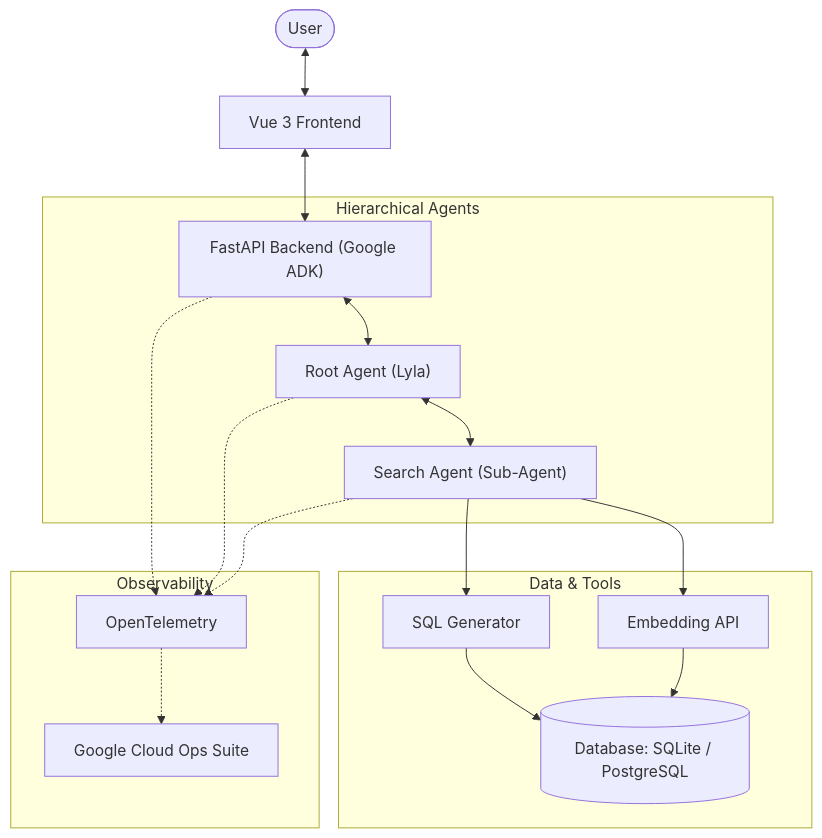
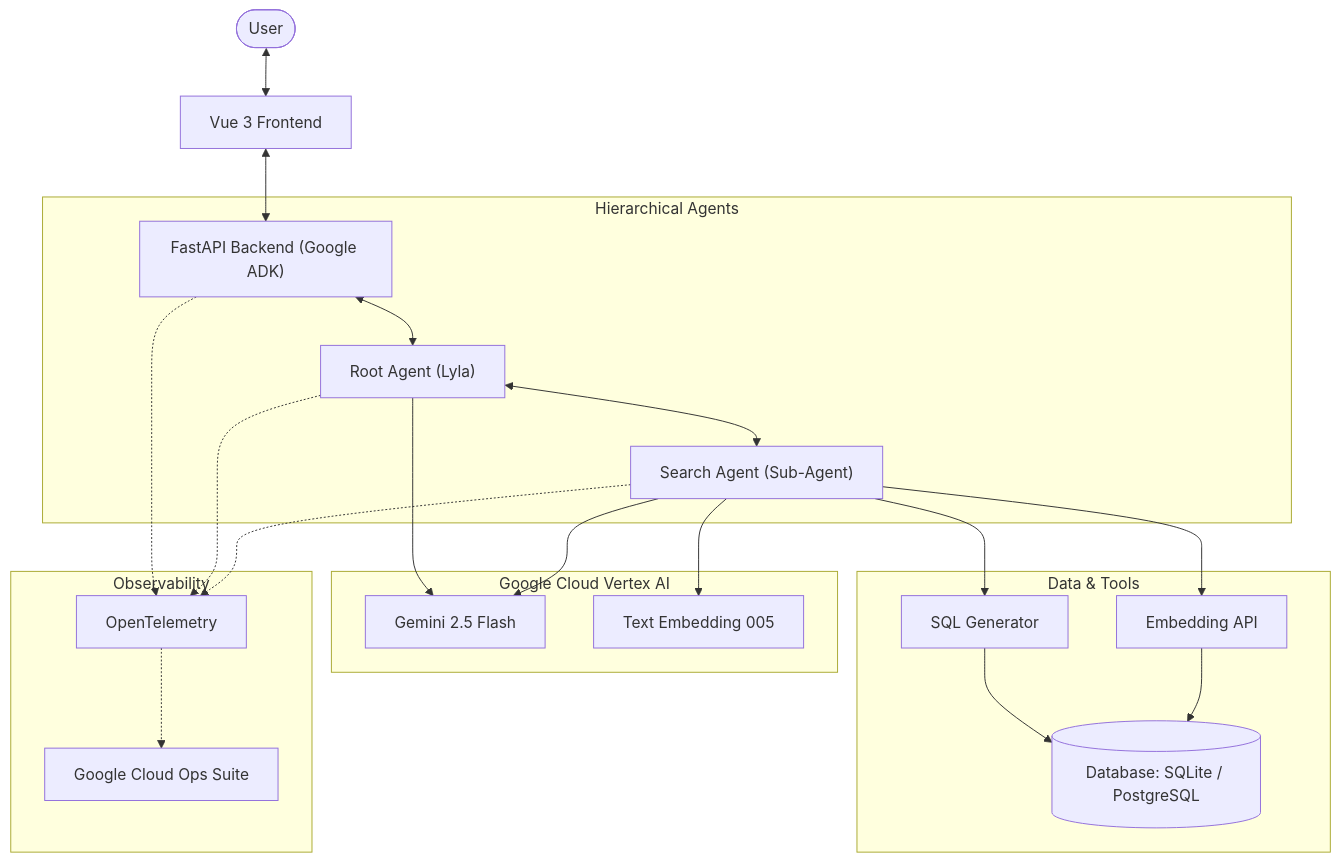
Before and after one commit to MKand/the-london-travel-company: the diagram in README.md, drawn with Mermaid. The commit also changed 1 other file, not shown here.

Commit message:
updated readme mermaid diagram, and model used by agent

````diff
--- a/README.md
+++ b/README.md
@@ -7,24 +7,33 @@
 ```mermaid
 graph TD
     User([User]) <--> Frontend[Vue 3 Frontend]
     Frontend <--> API["FastAPI Backend (Google ADK)"]
     
+    subgraph "Google Cloud Vertex AI"
+        LLM[Gemini 2.5 Flash]
+        Embed[Text Embedding 005]
+    end
+
     subgraph "Hierarchical Agents"
         API <--> RootAgent["Root Agent (Lyla)"]
         RootAgent <--> SearchAgent["Search Agent (Sub-Agent)"]
     end
     
+    RootAgent --> LLM
+    SearchAgent --> LLM
+    SearchAgent --> Embed
+
     subgraph "Data & Tools"
         SearchAgent --> SQL[SQL Generator]
         SearchAgent --> Vector[Embedding API]
         SQL --> DB[(Database: SQLite / PostgreSQL)]
         Vector --> DB
     end
     
     subgraph "Observability"
         API -.-> OTel[OpenTelemetry]
         RootAgent -.-> OTel
         SearchAgent -.-> OTel
         OTel -.-> GCP[Google Cloud Ops Suite]
     end
 ```
````
